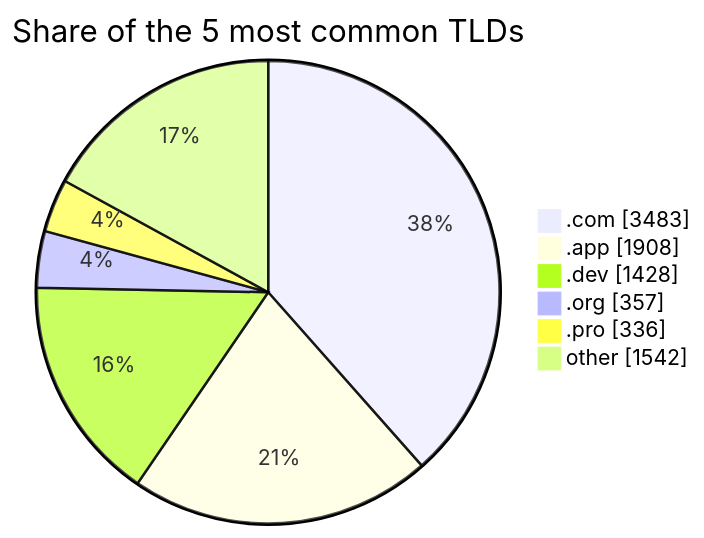
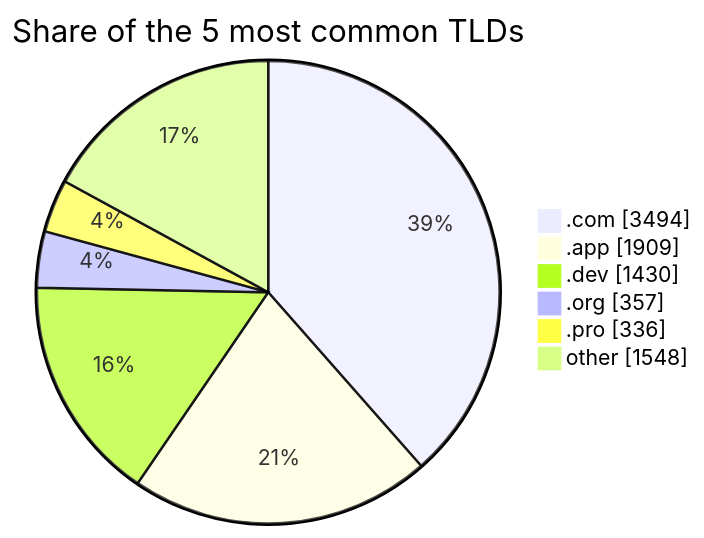
The second of 2 diagrams in README.md (DNSBunker/CTI), drawn with Mermaid before and after one commit. The commit also changed other lines of this file and 3 other files, not shown here.

````diff
--- a/README.md
+++ b/README.md
@@ -72,9 +72,9 @@
 ```mermaid
 pie showData title Share of the 5 most common TLDs
-    ".com" : 3483
-    ".app" : 1908
-    ".dev" : 1428
+    ".com" : 3494
+    ".app" : 1909
+    ".dev" : 1430
     ".org" : 357
     ".pro" : 336
-    "other" : 1542
+    "other" : 1548
 ```
````
